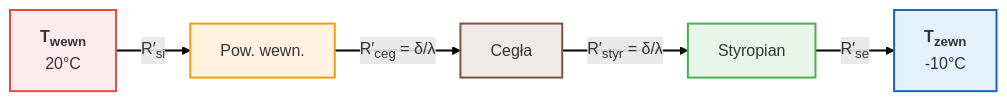
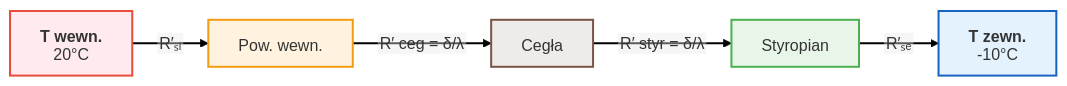
Before and after one commit to moondec/Termodynamika: the second of 2 diagrams in Wyklady/14_Wymiana_Ciepla.qmd, drawn with Mermaid. The commit also changed other lines of this file and 84 other files, not shown here.

First line of the commit message:
Wykłady: diagramy mermaid bez ucinania i dopasowane do slajdów

````diff
--- a/Wyklady/14_Wymiana_Ciepla.qmd
+++ b/Wyklady/14_Wymiana_Ciepla.qmd
@@ -146,19 +149,19 @@
 ```{mermaid}
 %%| fig-align: center
-%%| fig-width: 10
-%%| fig-height: 1
 
-%%{init: {'theme': 'default', 'flowchart': { 'useMaxWidth': false, 'htmlLabels': true }, 'themeVariables': { 'fontSize': '16px', 'fontFamily': 'sans-serif' }}}%%
+%%{init: {'theme': 'default', 'flowchart': {'htmlLabels': false, 'wrappingWidth': 400, 'subGraphTitleMargin': {'top': 6, 'bottom': 16}}, 'themeVariables': {'fontSize': '16px', 'fontFamily': 'Arial, Helvetica, sans-serif'}, 'htmlLabels': false}}%%
 flowchart LR
-    T1["<b>T<sub>wewn</sub></b><br>20°C"] -->|"R′<sub>si</sub>"| A["Pow. wewn."]
-    A -->|"R′<sub>ceg</sub> = δ/λ"| B["Cegła"]
-    B -->|"R′<sub>styr</sub> = δ/λ"| C["Styropian"]
-    C -->|"R′<sub>se</sub>"| T2["<b>T<sub>zewn</sub></b><br>-10°C"]
+    T1["`**T wewn.**
+20°C`"] -->|"R′ₛᵢ"| A["Pow. wewn."]
+    A -->|"R′ ceg = δ/λ"| B["Cegła"]
+    B -->|"R′ styr = δ/λ"| C["Styropian"]
+    C -->|"R′ₛₑ"| T2["`**T zewn.**
+-10°C`"]
     
     style T1 fill:#ffebee,stroke:#e74c3c,stroke-width:2px
     style A fill:#fff3e0,stroke:#f39c12,stroke-width:2px
     style B fill:#efebe9,stroke:#795548,stroke-width:2px
     style C fill:#e8f5e9,stroke:#4caf50,stroke-width:2px
     style T2 fill:#e3f2fd,stroke:#1565c0,stroke-width:2px
     linkStyle default stroke-width:2px,fill:none,stroke:black
 ```
````
